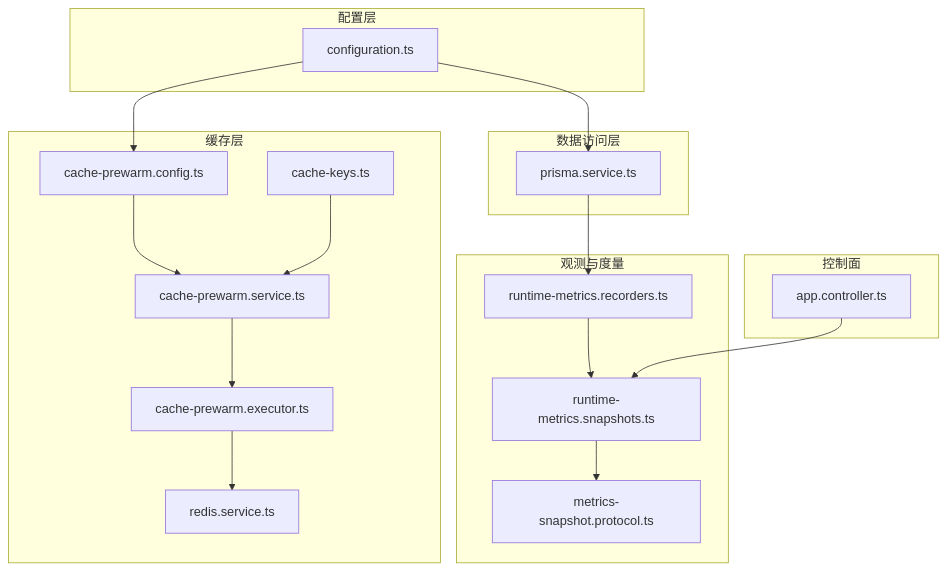
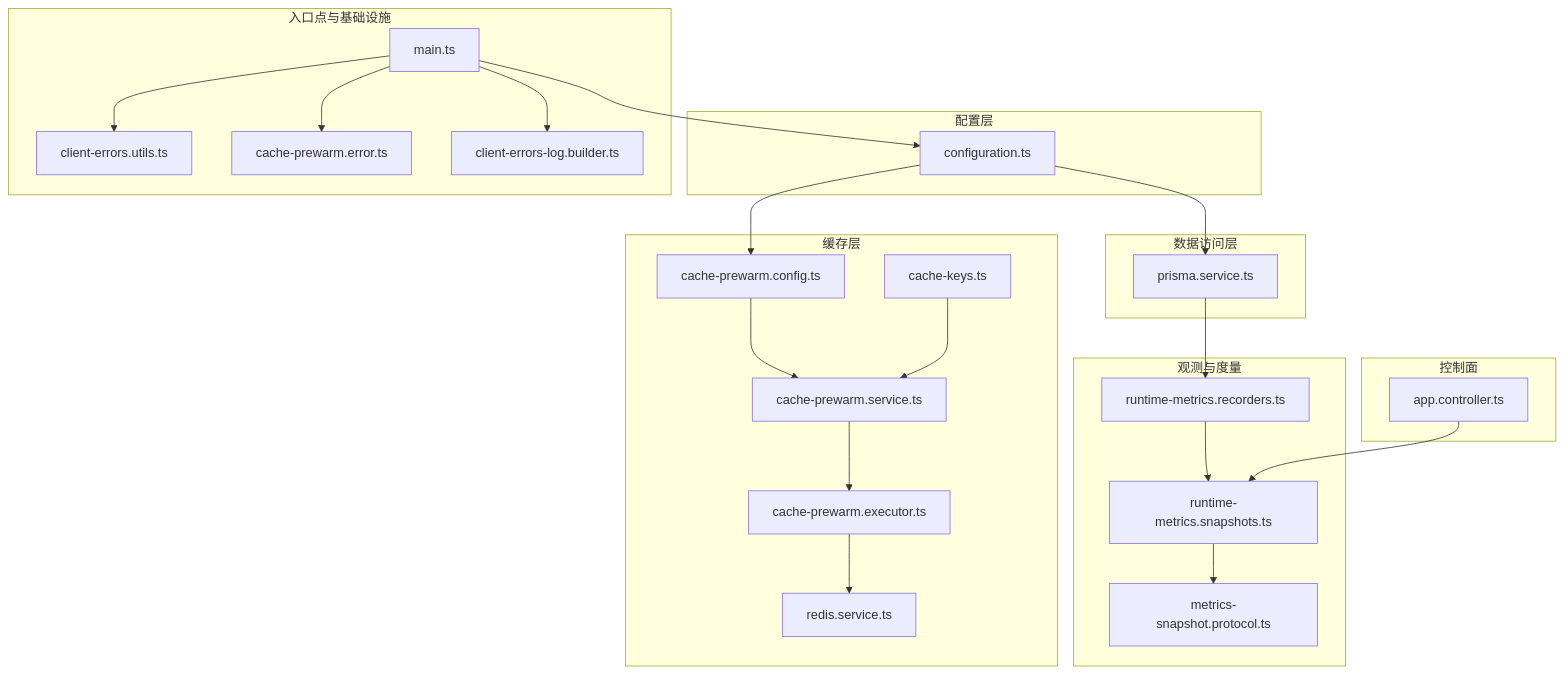
One commit to rc558620/purelyprofit-server changed the first of 7 diagrams in .qoder/repowiki/zh/content/开发指南/性能优化.md. Above: the diagram before and after it, drawn with Mermaid. The commit also changed other lines of this file and 65 other files, not shown here.

````diff
--- a/.qoder/repowiki/zh/content/开发指南/性能优化.md
+++ b/.qoder/repowiki/zh/content/开发指南/性能优化.md
@@ -41,34 +56,44 @@
 ```mermaid
 graph TB
 subgraph "配置层"
 CFG["configuration.ts"]
 end
 subgraph "数据访问层"
 PRISMA["prisma.service.ts"]
 end
 subgraph "观测与度量"
 REC["runtime-metrics.recorders.ts"]
 SNAP["runtime-metrics.snapshots.ts"]
 PROTO["metrics-snapshot.protocol.ts"]
 end
 subgraph "缓存层"
 REDIS["redis.service.ts"]
 PREWARM["cache-prewarm.service.ts"]
 PREWARM_CFG["cache-prewarm.config.ts"]
 PREWARM_EXEC["cache-prewarm.executor.ts"]
 KEYS["cache-keys.ts"]
 end
 subgraph "控制面"
 CTRL["app.controller.ts"]
 end
+subgraph "入口点与基础设施"
+MAIN["main.ts"]
+UTILS["client-errors.utils.ts"]
+ERROR_HANDLER["cache-prewarm.error.ts"]
+LOG_BUILDER["client-errors-log.builder.ts"]
+end
 CFG --> PRISMA
 PRISMA --> REC
 REC --> SNAP
 SNAP --> PROTO
 CFG --> PREWARM_CFG
 PREWARM_CFG --> PREWARM
 PREWARM --> PREWARM_EXEC
 PREWARM_EXEC --> REDIS
 KEYS --> PREWARM
 CTRL --> SNAP
+MAIN --> CFG
+MAIN --> UTILS
+MAIN --> ERROR_HANDLER
+MAIN --> LOG_BUILDER
 ```
````
